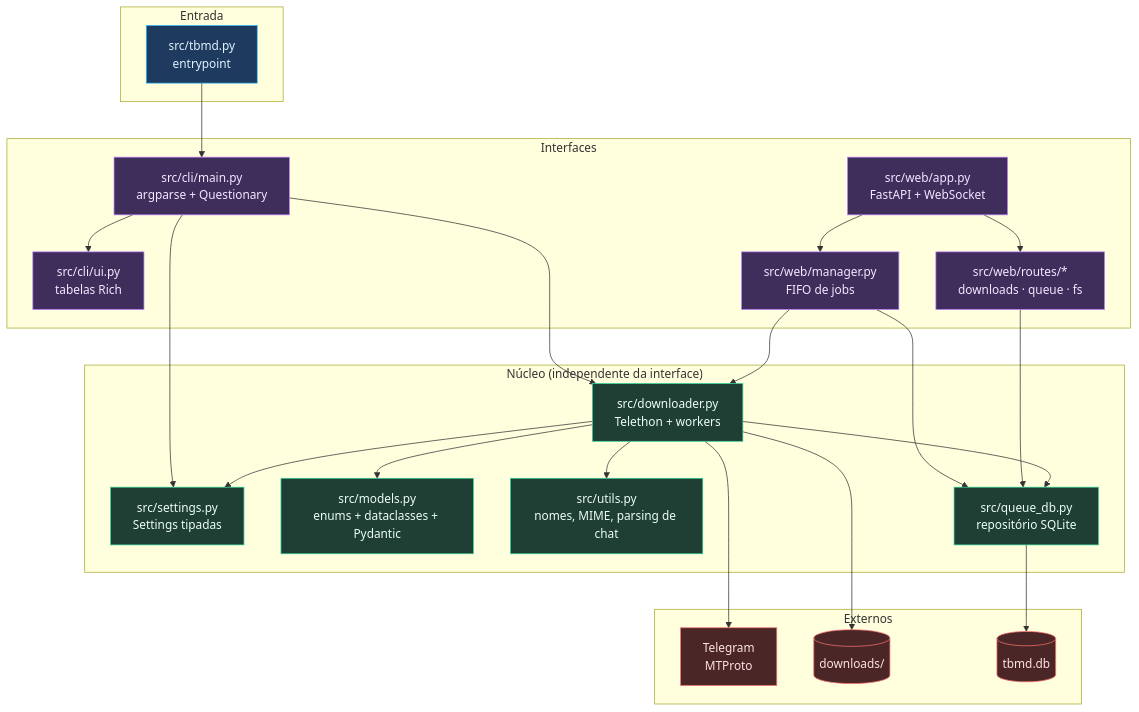
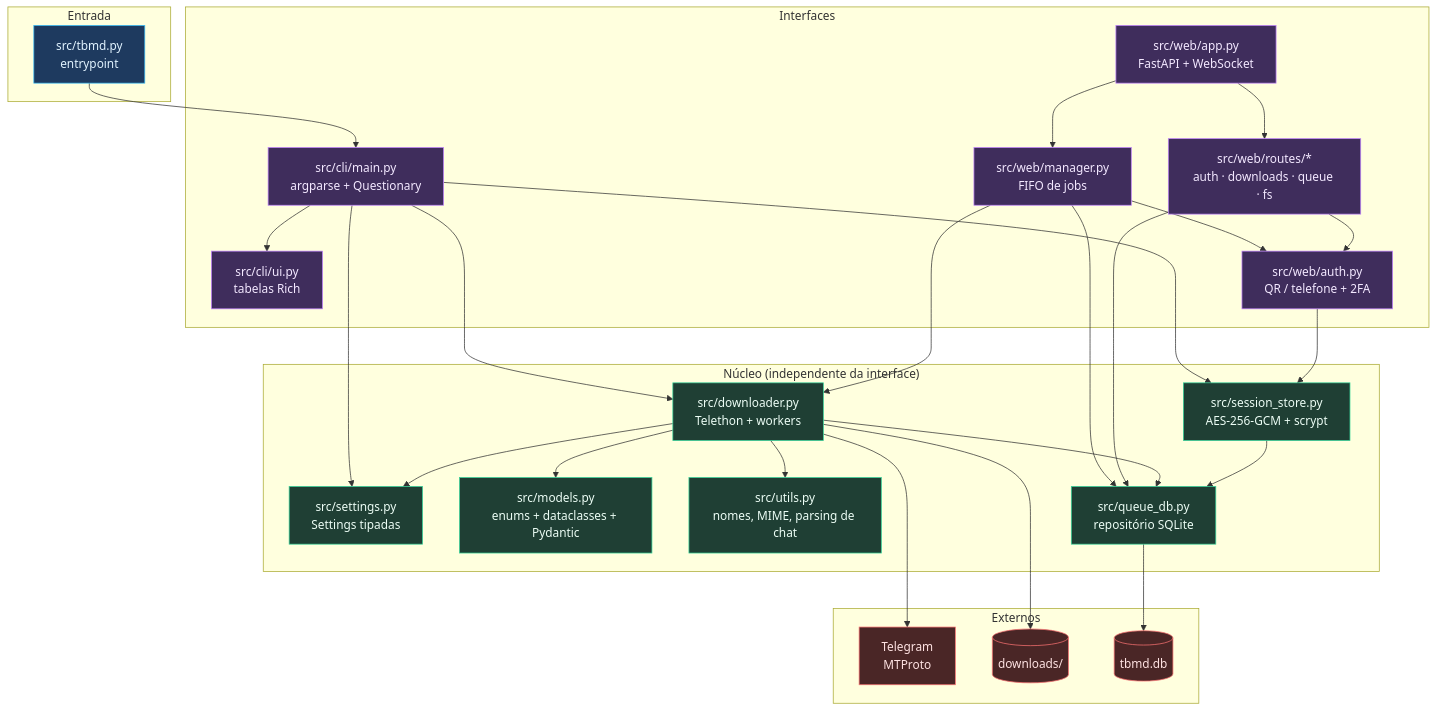
One commit to johnpaulo0602/telegram-media-downloader changed the first of 2 diagrams in README.md. Above: the diagram before and after it, drawn with Mermaid. The commit also changed other lines of this file, not shown here.

First line of the commit message:
docs: document the encrypted session storage and the access token

````diff
--- a/README.md
+++ b/README.md
@@ -68,57 +69,64 @@
 ```mermaid
 flowchart TB
     subgraph Entrada["Entrada"]
         TBMD["src/tbmd.py<br/>entrypoint"]
     end
 
     subgraph Interfaces["Interfaces"]
         CLI["src/cli/main.py<br/>argparse + Questionary"]
         UI["src/cli/ui.py<br/>tabelas Rich"]
         APP["src/web/app.py<br/>FastAPI + WebSocket"]
         MGR["src/web/manager.py<br>FIFO de jobs"]
-        ROTAS["src/web/routes/*<br/>downloads · queue · fs"]
+        AUTH["src/web/auth.py<br/>QR / telefone + 2FA"]
+        ROTAS["src/web/routes/*<br/>auth · downloads · queue · fs"]
     end
 
     subgraph Nucleo["Núcleo (independente da interface)"]
         SET["src/settings.py<br/>Settings tipadas"]
         MOD["src/models.py<br/>enums + dataclasses + Pydantic"]
         UTIL["src/utils.py<br/>nomes, MIME, parsing de chat"]
         QDB["src/queue_db.py<br/>repositório SQLite"]
         DL["src/downloader.py<br/>Telethon + workers"]
+        SS["src/session_store.py<br/>AES-256-GCM + scrypt"]
     end
 
     subgraph Externos["Externos"]
         TG["Telegram<br/>MTProto"]
         DISCO[("downloads/")]
         DB[("tbmd.db")]
     end
 
     TBMD --> CLI
     CLI --> UI
     CLI --> DL
     CLI --> SET
+    CLI --> SS
 
     APP --> MGR
     APP --> ROTAS
     MGR --> DL
     MGR --> QDB
+    MGR --> AUTH
     ROTAS --> QDB
+    ROTAS --> AUTH
 
     DL --> SET
     DL --> UTIL
     DL --> MOD
     DL --> QDB
+    AUTH --> SS
+    SS --> QDB
     QDB --> DB
     DL --> TG
     DL --> DISCO
 
     classDef entrada fill:#1e3a5f,stroke:#38bdf8,color:#e0f2fe
     classDef interface fill:#3f2d5c,stroke:#c084fc,color:#f3e8ff
     classDef nucleo fill:#1f3f34,stroke:#34d399,color:#ecfdf5
     classDef externo fill:#4a2626,stroke:#f87171,color:#fee2e2
 
     class TBMD entrada
-    class CLI,UI,APP,MGR,ROTAS interface
-    class SET,MOD,UTIL,QDB,DL nucleo
+    class CLI,UI,APP,MGR,ROTAS,AUTH interface
+    class SET,MOD,UTIL,QDB,DL,SS nucleo
     class TG,DISCO,DB externo
 ```
````
